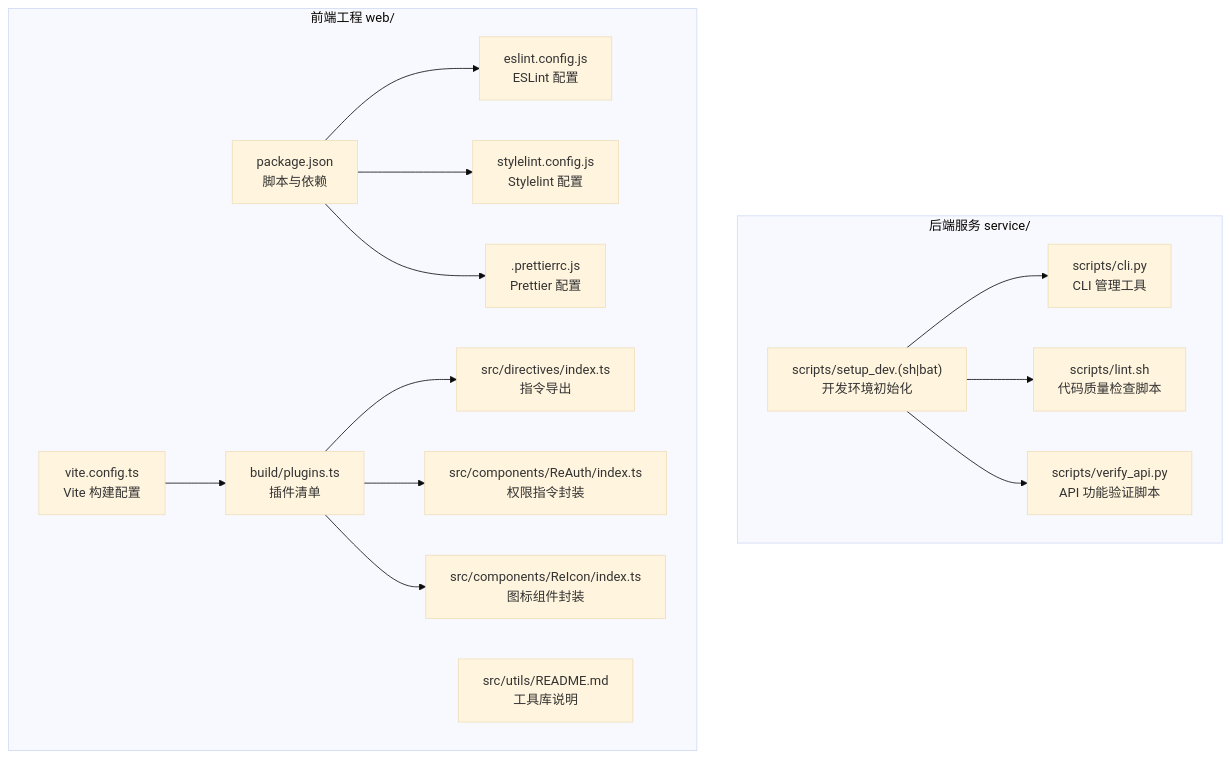
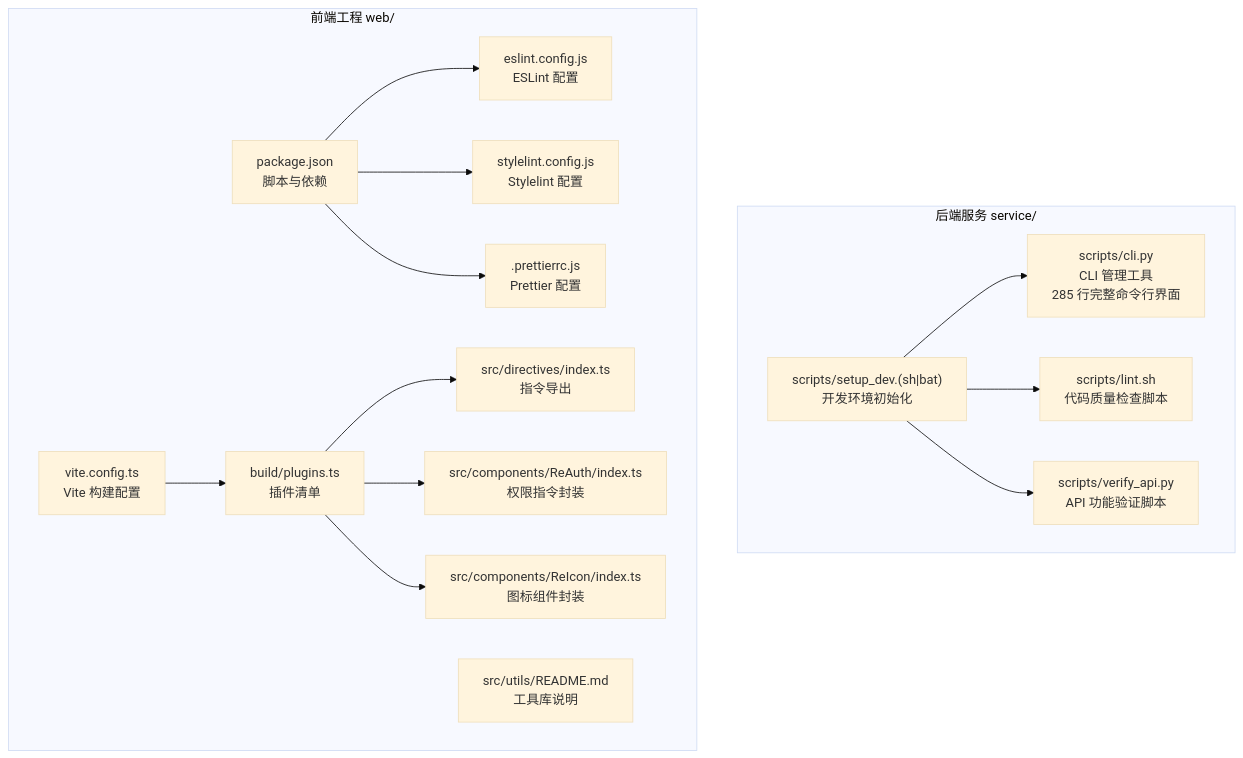
One commit to taoweidong/Hello-FastApi changed the first of 10 diagrams in .qoder/repowiki/zh/content/核心模块/开发工具与实用函数.md. Above: the diagram before and after it, drawn with Mermaid (base theme). The commit also changed other lines of this file and 11 other files, not shown here.

````diff
--- a/.qoder/repowiki/zh/content/核心模块/开发工具与实用函数.md
+++ b/.qoder/repowiki/zh/content/核心模块/开发工具与实用函数.md
@@ -46,31 +56,31 @@
 ```mermaid
 graph TB
 subgraph "后端服务 service/"
-S_CLI["scripts/cli.py<br/>CLI 管理工具"]
+S_CLI["scripts/cli.py<br/>CLI 管理工具<br/>285 行完整命令行界面"]
 S_LINT["scripts/lint.sh<br/>代码质量检查脚本"]
 S_SETUP["scripts/setup_dev.(sh|bat)<br/>开发环境初始化"]
 S_VERIFY["scripts/verify_api.py<br/>API 功能验证脚本"]
 end
 subgraph "前端工程 web/"
 W_ESLINT["eslint.config.js<br/>ESLint 配置"]
 W_STYLELINT["stylelint.config.js<br/>Stylelint 配置"]
 W_PRETTIER[".prettierrc.js<br/>Prettier 配置"]
 W_PKG["package.json<br/>脚本与依赖"]
 W_VITE["vite.config.ts<br/>Vite 构建配置"]
 W_PLUGINS["build/plugins.ts<br/>插件清单"]
 W_DIRS["src/directives/index.ts<br/>指令导出"]
 W_UTILS["src/utils/README.md<br/>工具库说明"]
 W_REAUTH["src/components/ReAuth/index.ts<br/>权限指令封装"]
 W_REICON["src/components/ReIcon/index.ts<br/>图标组件封装"]
 end
 S_SETUP --> S_CLI
 S_SETUP --> S_LINT
 S_SETUP --> S_VERIFY
 W_PKG --> W_ESLINT
 W_PKG --> W_STYLELINT
 W_PKG --> W_PRETTIER
 W_VITE --> W_PLUGINS
 W_PLUGINS --> W_DIRS
 W_PLUGINS --> W_REAUTH
 W_PLUGINS --> W_REICON
 ```
````
